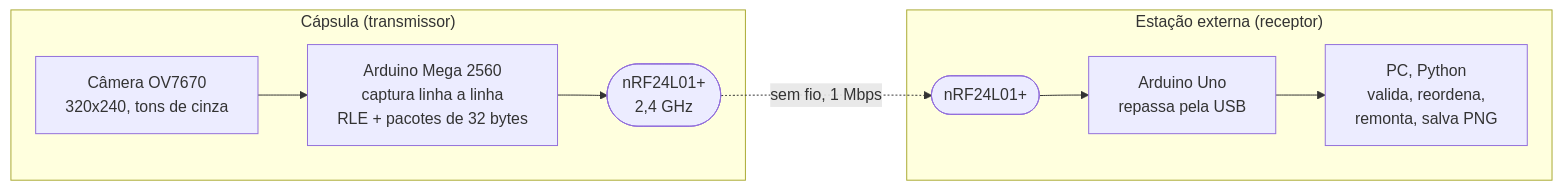
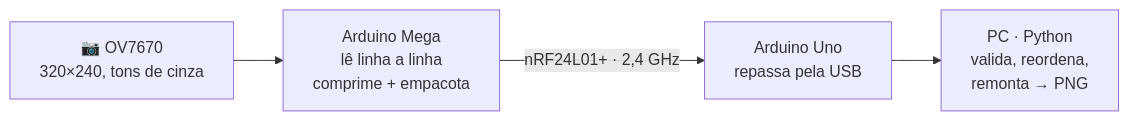
The diagram in README.md (MottaGit/tcc-lmotta-capsula-endoscopica), drawn with Mermaid before and after one commit. The commit also changed other lines of this file and 30 other files, not shown here.

````diff
--- a/README.md
+++ b/README.md
@@ -72,12 +44,6 @@
 ```mermaid
 flowchart LR
-    subgraph Capsula["Cápsula (transmissor)"]
-        CAM["Câmera OV7670<br/>320x240, tons de cinza"] --> MEGA["Arduino Mega 2560<br/>captura linha a linha<br/>RLE + pacotes de 32 bytes"]
-        MEGA --> TX(["nRF24L01+<br/>2,4 GHz"])
-    end
-    subgraph Externo["Estação externa (receptor)"]
-        RX(["nRF24L01+"]) --> UNO["Arduino Uno<br/>repassa pela USB"]
-        UNO --> PC["PC, Python<br/>valida, reordena,<br/>remonta, salva PNG"]
-    end
-    TX -. "sem fio, 1 Mbps" .-> RX
+    CAM["📷 OV7670<br/>320×240, tons de cinza"] --> MEGA["Arduino Mega<br/>lê linha a linha<br/>comprime + empacota"]
+    MEGA -- "nRF24L01+ · 2,4 GHz" --> UNO["Arduino Uno<br/>repassa pela USB"]
+    UNO --> PC["PC · Python<br/>valida, reordena,<br/>remonta → PNG"]
 ```
````
